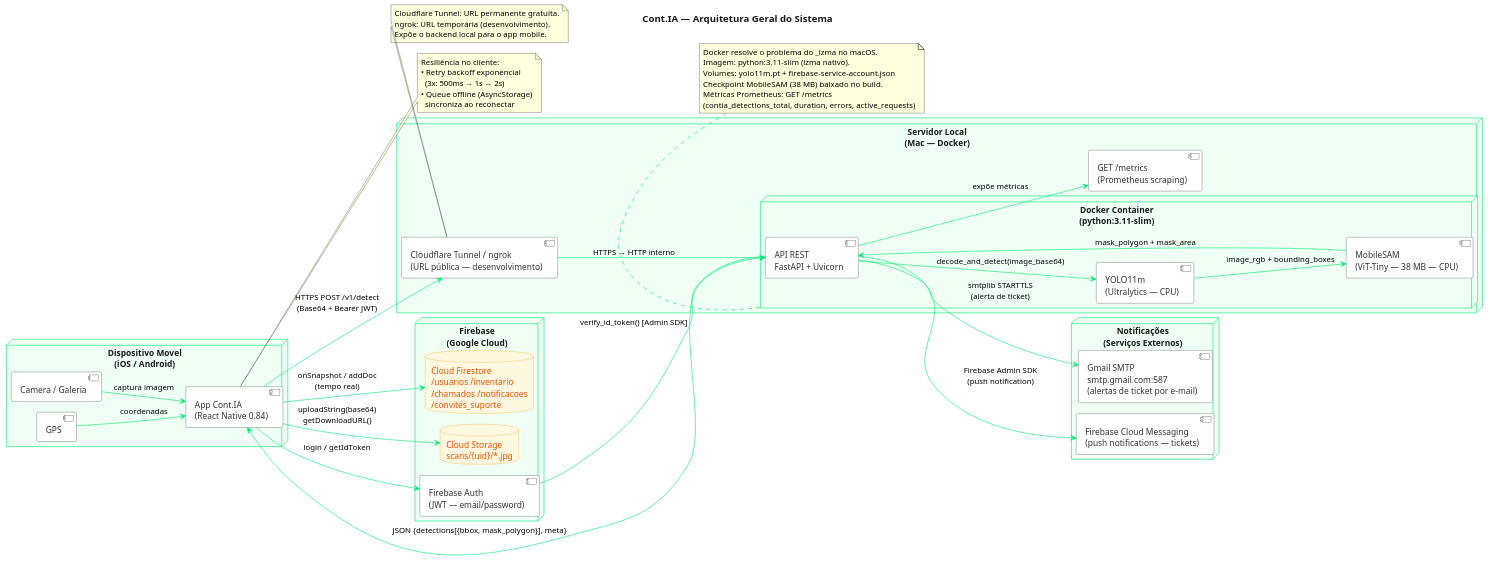
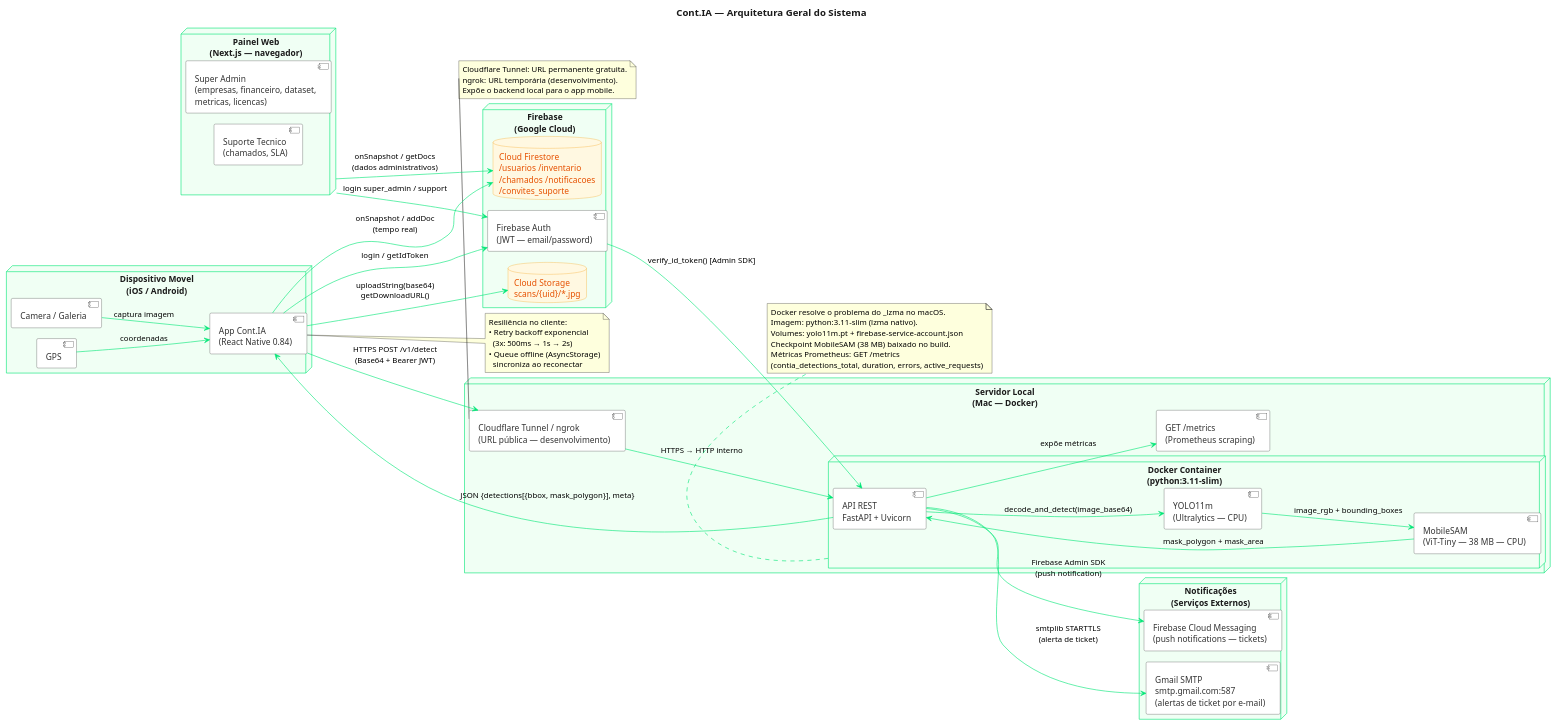
Before and after one commit to JuBertoldo/cont-ia: the diagram in docs/diagramas/07_arquitetura.puml, drawn with PlantUML. The commit also changed 3 other files, not shown here.

First line of the commit message:
docs(diagramas): atualizar 3 diagramas com mudancas recentes

```diff
--- a/docs/diagramas/07_arquitetura.puml
+++ b/docs/diagramas/07_arquitetura.puml
@@ -1,105 +1,114 @@
 @startuml 07_arquitetura
 !pragma layout smetana
 title Cont.IA — Arquitetura Geral do Sistema
 
 skinparam backgroundColor #FFFFFF
 skinparam nodeBackgroundColor #F0FFF4
 skinparam nodeBorderColor #00E676
 skinparam nodeFontColor #1A1A1A
 skinparam componentBackgroundColor #FFFFFF
 skinparam componentBorderColor #333333
 skinparam componentFontColor #333333
 skinparam arrowColor #00E676
 skinparam titleFontColor #1A1A1A
 skinparam titleFontSize 16
 skinparam databaseBackgroundColor #FFF8E1
 skinparam databaseBorderColor #F59E0B
 skinparam databaseFontColor #E65100
 
 left to right direction
 
 ' ── App Mobile ───────────────────────────────────────────────────────────────
 
 node "Dispositivo Movel\n(iOS / Android)" as MOBILE {
     component "App Cont.IA\n(React Native 0.84)" as APP
     component "Camera / Galeria" as CAM
     component "GPS" as GPS
     CAM --> APP : captura imagem
     GPS --> APP : coordenadas
 }
 
 ' ── Infraestrutura do Backend ────────────────────────────────────────────────
 
 node "Servidor Local\n(Mac — Docker)" as SERVER {
 
     node "Docker Container\n(python:3.11-slim)" as DOCKER {
         component "API REST\nFastAPI + Uvicorn" as API
         component "YOLO11m\n(Ultralytics — CPU)" as YOLO
         component "MobileSAM\n(ViT-Tiny — 38 MB — CPU)" as SAM
 
         API --> YOLO : decode_and_detect(image_base64)
         YOLO --> SAM : image_rgb + bounding_boxes
         SAM --> API : mask_polygon + mask_area
     }
 
     component "Cloudflare Tunnel / ngrok\n(URL pública — desenvolvimento)" as TUNNEL
     component "GET /metrics\n(Prometheus scraping)" as METRICS
     TUNNEL --> API : HTTPS → HTTP interno
     API --> METRICS : expõe métricas
 }
 
 ' ── Servicos de Notificacao (externos, acionados pelo backend) ───────────────
 
 node "Notificações\n(Serviços Externos)" as NOTIF {
     component "Gmail SMTP\nsmtp.gmail.com:587\n(alertas de ticket por e-mail)" as GMAIL
     component "Firebase Cloud Messaging\n(push notifications — tickets)" as FCM_PUSH
 }
 
 ' ── Firebase (Google Cloud) ──────────────────────────────────────────────────
 
 node "Firebase\n(Google Cloud)" as FIREBASE {
     database "Cloud Firestore\n/usuarios /inventario\n/chamados /notificacoes\n/convites_suporte" as FS
     database "Cloud Storage\nscans/{uid}/*.jpg" as STORAGE
     component "Firebase Auth\n(JWT — email/password)" as AUTH
 }
 
+' ── Painel Web (Admin) ───────────────────────────────────────────────────────
+
+node "Painel Web\n(Next.js — navegador)" as WEB {
+    component "Super Admin\n(empresas, financeiro, dataset,\nmetricas, licencas)" as WEBSA
+    component "Suporte Tecnico\n(chamados, SLA)" as WEBSUP
+}
+
 ' ── Conexoes ─────────────────────────────────────────────────────────────────
 
 APP --> TUNNEL : HTTPS POST /v1/detect\n(Base64 + Bearer JWT)
 API --> APP : JSON {detections[{bbox, mask_polygon}], meta}
 
 APP --> AUTH : login / getIdToken
+WEB --> AUTH : login super_admin / support
 AUTH --> API : verify_id_token() [Admin SDK]
 
 API --> GMAIL : smtplib STARTTLS\n(alerta de ticket)
 API --> FCM_PUSH : Firebase Admin SDK\n(push notification)
 
 APP --> FS : onSnapshot / addDoc\n(tempo real)
+WEB --> FS : onSnapshot / getDocs\n(dados administrativos)
 APP --> STORAGE : uploadString(base64)\ngetDownloadURL()
 
 note right of APP
   Resiliência no cliente:
   • Retry backoff exponencial
     (3x: 500ms → 1s → 2s)
   • Queue offline (AsyncStorage)
     sincroniza ao reconectar
 end note
 
 ' ── Nota ─────────────────────────────────────────────────────────────────────
 
 note bottom of DOCKER
   Docker resolve o problema do _lzma no macOS.
   Imagem: python:3.11-slim (lzma nativo).
   Volumes: yolo11m.pt + firebase-service-account.json
   Checkpoint MobileSAM (38 MB) baixado no build.
   Métricas Prometheus: GET /metrics
   (contia_detections_total, duration, errors, active_requests)
 end note
 
 note bottom of TUNNEL
   Cloudflare Tunnel: URL permanente gratuita.
   ngrok: URL temporária (desenvolvimento).
   Expõe o backend local para o app mobile.
 end note
 
 @enduml
```
